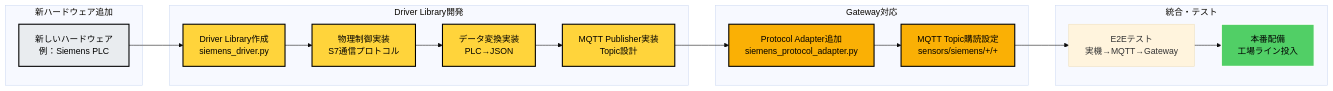
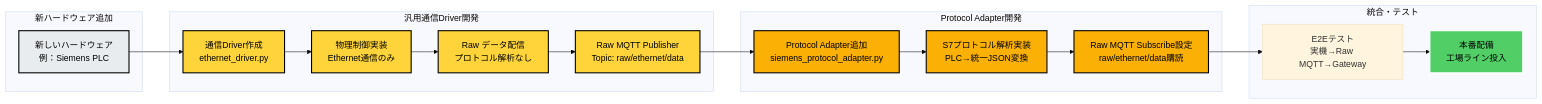
One commit to w-pinkietech/iot4-copy changed the sixth of 15 diagrams in docs/new-system/architecture/system-overview-diagrams.md. Above: the diagram before and after it, drawn with Mermaid (base theme). The commit also changed other lines of this file, not shown here.

````diff
--- a/docs/new-system/architecture/system-overview-diagrams.md
+++ b/docs/new-system/architecture/system-overview-diagrams.md
@@ -329,36 +355,38 @@
 ```mermaid
 graph LR
     subgraph "新ハードウェア追加"
         NEW_HW[新しいハードウェア<br/>例：Siemens PLC]
     end
     
-    subgraph "Driver Library開発"
-        STEP1[Driver Library作成<br/>siemens_driver.py]
-        STEP2[物理制御実装<br/>S7通信プロトコル]
-        STEP3[データ変換実装<br/>PLC→JSON]
-        STEP4[MQTT Publisher実装<br/>Topic設計]
+    subgraph "汎用通信Driver開発"
+        STEP1[通信Driver作成<br/>ethernet_driver.py]
+        STEP2[物理制御実装<br/>Ethernet通信のみ]
+        STEP3[Raw データ配信<br/>プロトコル解析なし]
+        STEP4[Raw MQTT Publisher<br/>Topic: raw/ethernet/data]
     end
     
-    subgraph "Gateway対応"
+    subgraph "Protocol Adapter開発"
         STEP5[Protocol Adapter追加<br/>siemens_protocol_adapter.py]
-        STEP6[MQTT Topic購読設定<br/>sensors/siemens/+/+]
+        STEP6[S7プロトコル解析実装<br/>PLC→統一JSON変換]
+        STEP7[Raw MQTT Subscribe設定<br/>raw/ethernet/data購読]
     end
     
     subgraph "統合・テスト"
-        STEP7[E2Eテスト<br/>実機→MQTT→Gateway]
-        STEP8[本番配備<br/>工場ライン投入]
+        STEP8[E2Eテスト<br/>実機→Raw MQTT→Gateway]
+        STEP9[本番配備<br/>工場ライン投入]
     end
     
     NEW_HW --> STEP1 --> STEP2 --> STEP3 --> STEP4
-    STEP4 --> STEP5 --> STEP6
-    STEP6 --> STEP7 --> STEP8
+    STEP4 --> STEP5 --> STEP6 --> STEP7
+    STEP7 --> STEP8 --> STEP9
     
     style NEW_HW fill:#e9ecef,stroke:#000,stroke-width:2px,color:#000
     style STEP1 fill:#ffd43b,stroke:#000,stroke-width:2px,color:#000
     style STEP2 fill:#ffd43b,stroke:#000,stroke-width:2px,color:#000
     style STEP3 fill:#ffd43b,stroke:#000,stroke-width:2px,color:#000
     style STEP4 fill:#ffd43b,stroke:#000,stroke-width:2px,color:#000
     style STEP5 fill:#fab005,stroke:#000,stroke-width:2px,color:#000
     style STEP6 fill:#fab005,stroke:#000,stroke-width:2px,color:#000
-    style STEP8 fill:#51cf66,stroke:#fff,stroke-width:2px,color:#000
+    style STEP7 fill:#fab005,stroke:#000,stroke-width:2px,color:#000
+    style STEP9 fill:#51cf66,stroke:#fff,stroke-width:2px,color:#000
 ```
````
